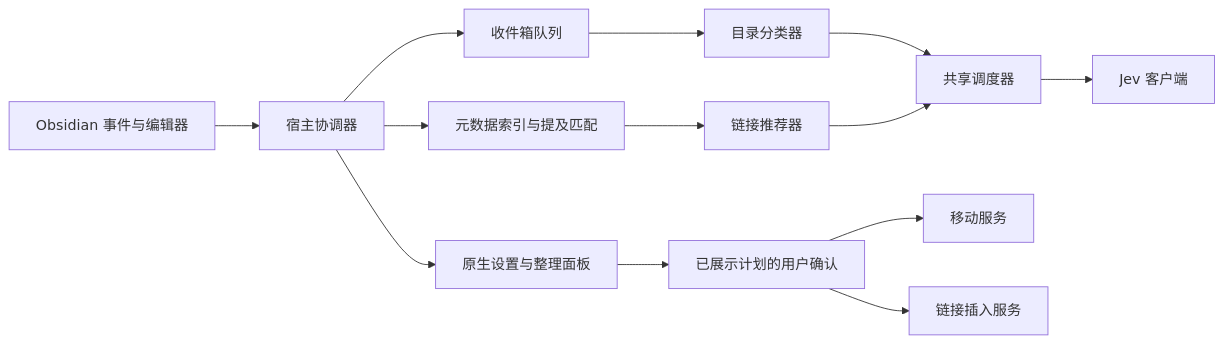
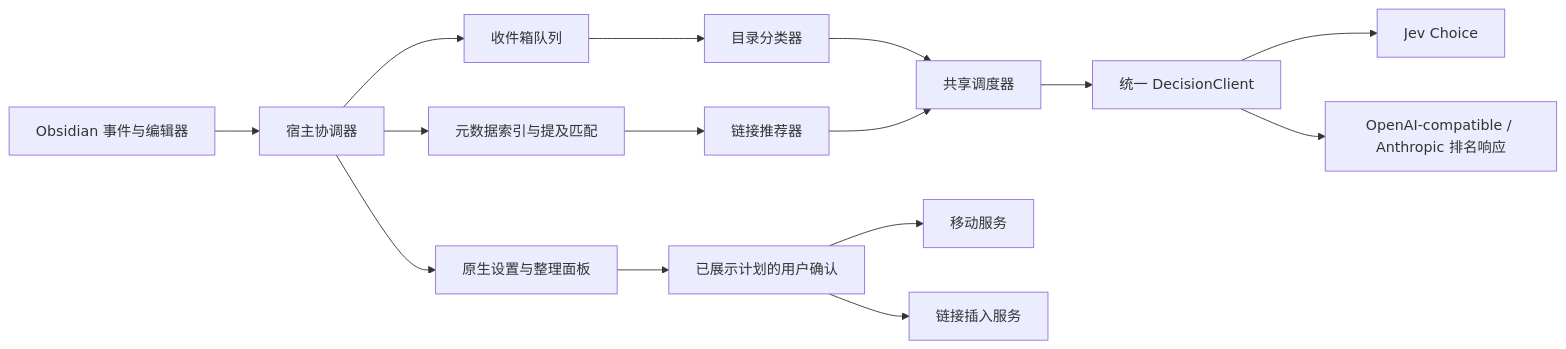
One commit to KineiChou/obsidian-homing changed the diagram in docs/technical-design.md. Above: the diagram before and after it, drawn with Mermaid. The commit also changed other lines of this file and 4 other files, not shown here.

````diff
--- a/docs/technical-design.md
+++ b/docs/technical-design.md
@@ -25,15 +25,17 @@
 ```mermaid
 flowchart LR
     Host[Obsidian 事件与编辑器] --> Controller[宿主协调器]
     Controller --> Queue[收件箱队列]
     Queue --> Classifier[目录分类器]
     Controller --> Index[元数据索引与提及匹配]
     Index --> Recommender[链接推荐器]
     Classifier --> Scheduler[共享调度器]
     Recommender --> Scheduler
-    Scheduler --> Jev[Jev 客户端]
+    Scheduler --> Provider[统一 DecisionClient]
+    Provider --> Jev[Jev Choice]
+    Provider --> Ranked[OpenAI-compatible / Anthropic 排名响应]
     Controller --> UI[原生设置与整理面板]
     UI --> Confirm[已展示计划的用户确认]
     Confirm --> Move[移动服务]
     Confirm --> Link[链接插入服务]
 ```
````
